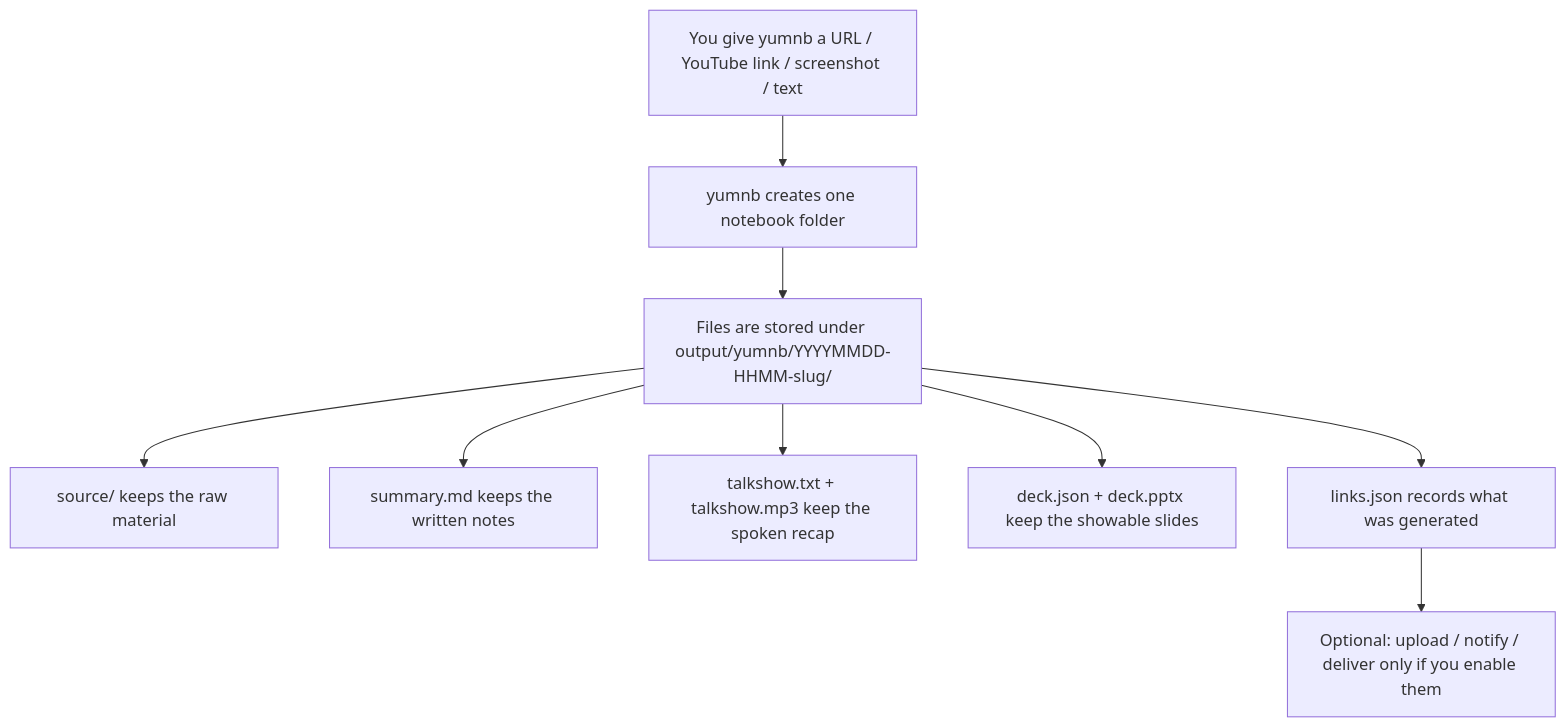
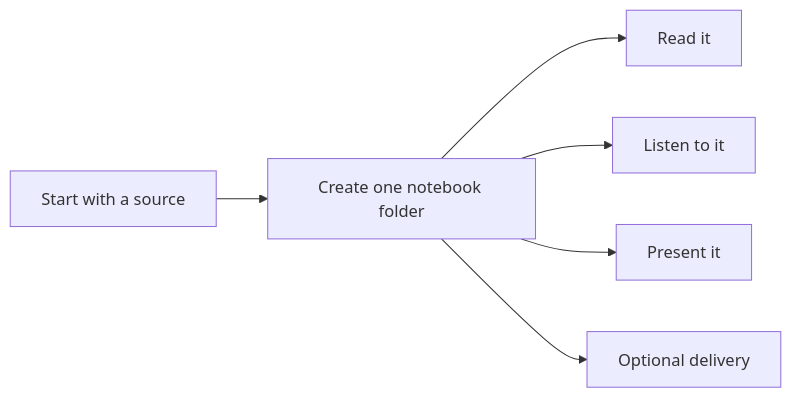
One commit to yumyumtum/yumnb changed the diagram in README.md. Above: the diagram before and after it, drawn with Mermaid. The commit also changed other lines of this file, not shown here.

Commit message:
Simplify yumnb user flow diagram

````diff
--- a/README.md
+++ b/README.md
@@ -11,11 +11,8 @@
 ```mermaid
-flowchart TD
-    A[You give yumnb a URL / YouTube link / screenshot / text] --> B[yumnb creates one notebook folder]
-    B --> C[Files are stored under output/yumnb/YYYYMMDD-HHMM-slug/]
-    C --> D[source/ keeps the raw material]
-    C --> E[summary.md keeps the written notes]
-    C --> F[talkshow.txt + talkshow.mp3 keep the spoken recap]
-    C --> G[deck.json + deck.pptx keep the showable slides]
-    C --> H[links.json records what was generated]
-    H --> I[Optional: upload / notify / deliver only if you enable them]
+flowchart LR
+    A[Start with a source] --> B[Create one notebook folder]
+    B --> C[Read it]
+    B --> D[Listen to it]
+    B --> E[Present it]
+    B --> F[Optional delivery]
 ```
````
